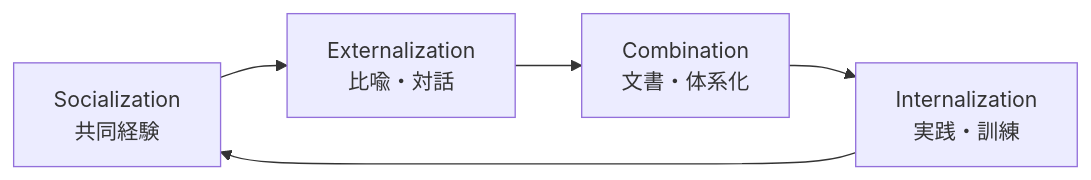
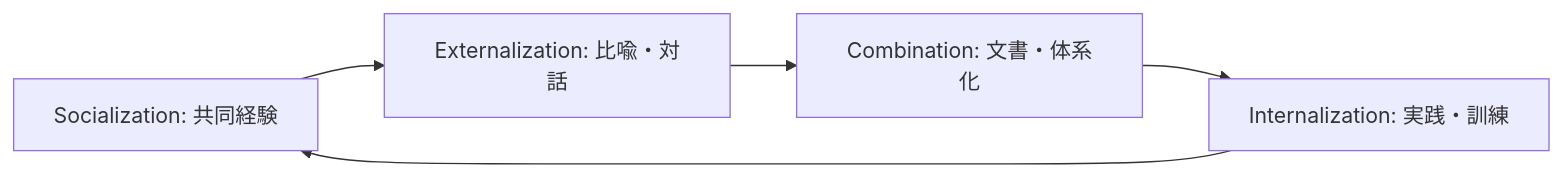
Before and after one commit to daylight55/research: the second of 3 diagrams in category/knowledge-systems/tacit-knowledge-business-theory/report.md, drawn with Mermaid. The commit also changed other lines of this file and 5 other files, not shown here.

Commit message:
Mermaid図をズーム可能な表示に改修

````diff
--- a/category/knowledge-systems/tacit-knowledge-business-theory/report.md
+++ b/category/knowledge-systems/tacit-knowledge-business-theory/report.md
@@ -81,7 +81,7 @@
 ```mermaid
 flowchart LR
-  S["Socialization<br/>共同経験"] --> E["Externalization<br/>比喩・対話"]
-  E --> C["Combination<br/>文書・体系化"]
-  C --> I["Internalization<br/>実践・訓練"]
+  S["Socialization: 共同経験"] --> E["Externalization: 比喩・対話"]
+  E --> C["Combination: 文書・体系化"]
+  C --> I["Internalization: 実践・訓練"]
   I --> S
 ```
````
